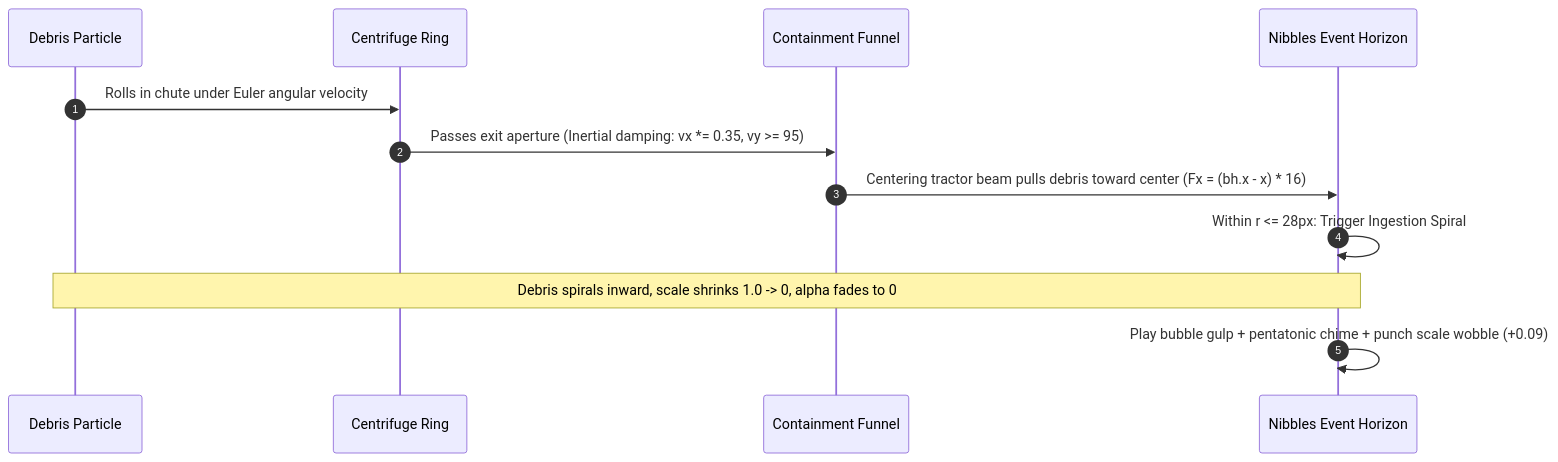
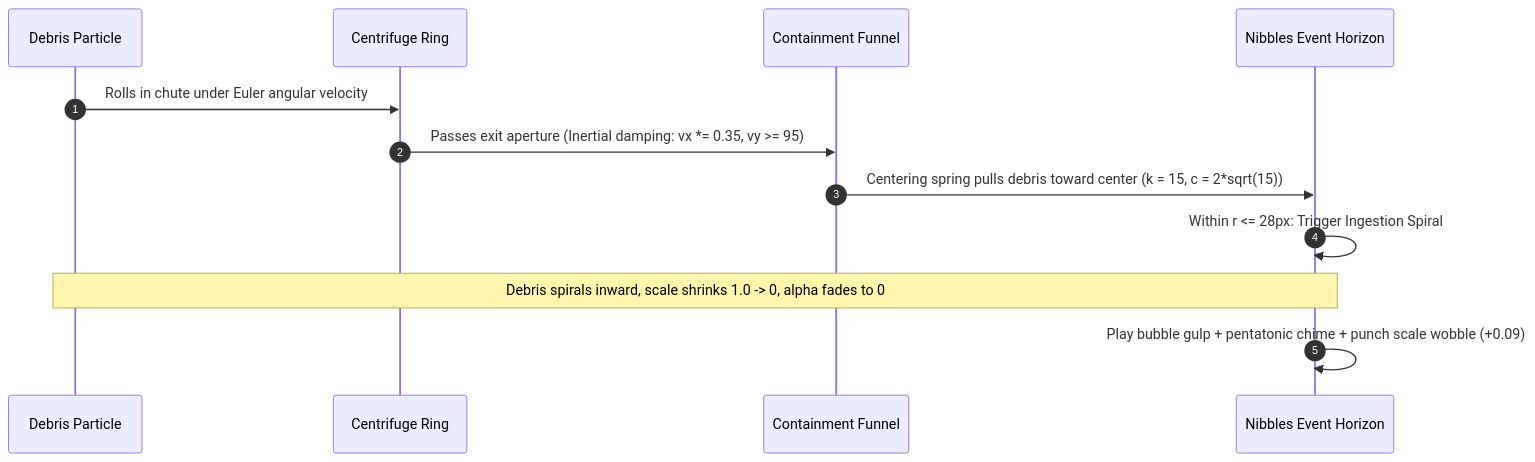
The sixth of 9 diagrams in games/maze-puzzle/08_UNITY_MIGRATION_AND_IOS_DEPLOYMENT_PLAN.md (PhoenixNest/AGENT-PLAYGROUND), drawn with Mermaid before and after one commit. The commit also changed 4 other files, not shown here.

````diff
--- a/games/maze-puzzle/08_UNITY_MIGRATION_AND_IOS_DEPLOYMENT_PLAN.md
+++ b/games/maze-puzzle/08_UNITY_MIGRATION_AND_IOS_DEPLOYMENT_PLAN.md
@@ -685,15 +685,15 @@
 ```mermaid
 sequenceDiagram
     autonumber
     participant D as Debris Particle
     participant R as Centrifuge Ring
     participant F as Containment Funnel
     participant N as Nibbles Event Horizon
 
     D->>R: Rolls in chute under Euler angular velocity
     R->>F: Passes exit aperture (Inertial damping: vx *= 0.35, vy >= 95)
-    F->>N: Centering tractor beam pulls debris toward center (Fx = (bh.x - x) * 16)
+    F->>N: Centering spring pulls debris toward center (k = 15, c = 2*sqrt(15))
     N->>N: Within r <= 28px: Trigger Ingestion Spiral
     Note over D,N: Debris spirals inward, scale shrinks 1.0 -> 0, alpha fades to 0
     N->>N: Play bubble gulp + pentatonic chime + punch scale wobble (+0.09)
 ```
````
